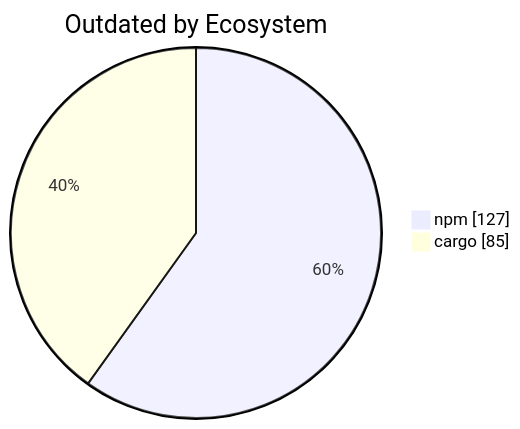
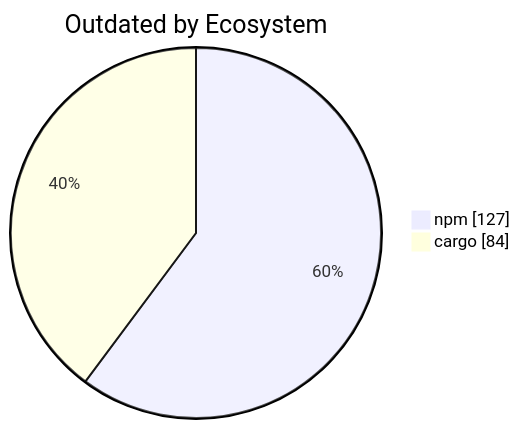
The diagram in apps/kbve/astro-kbve/src/content/docs/dashboard/deps.mdx (KBVE/kbve), drawn with Mermaid before and after one commit. The commit also changed other lines of this file and 1 other file, not shown here.

````diff
--- a/apps/kbve/astro-kbve/src/content/docs/dashboard/deps.mdx
+++ b/apps/kbve/astro-kbve/src/content/docs/dashboard/deps.mdx
@@ -109,6 +109,6 @@
 ```mermaid
 pie showData
     title Outdated by Ecosystem
     "npm" : 127
-    "cargo" : 85
+    "cargo" : 84
 ```
````
